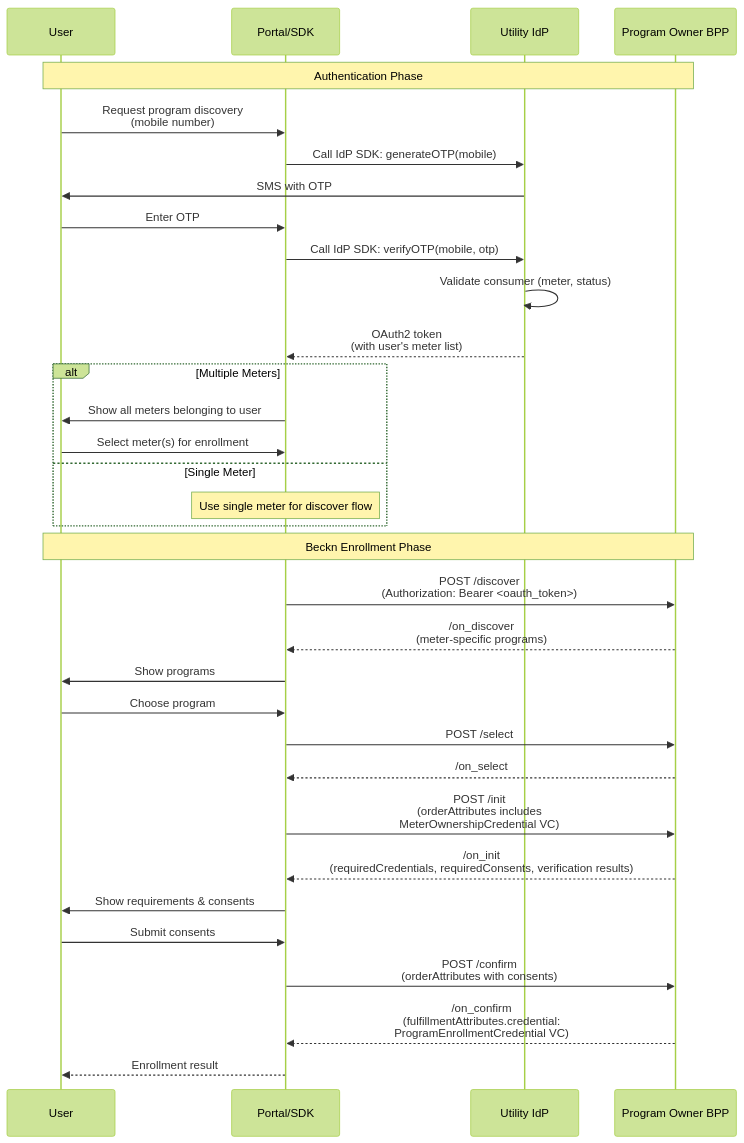
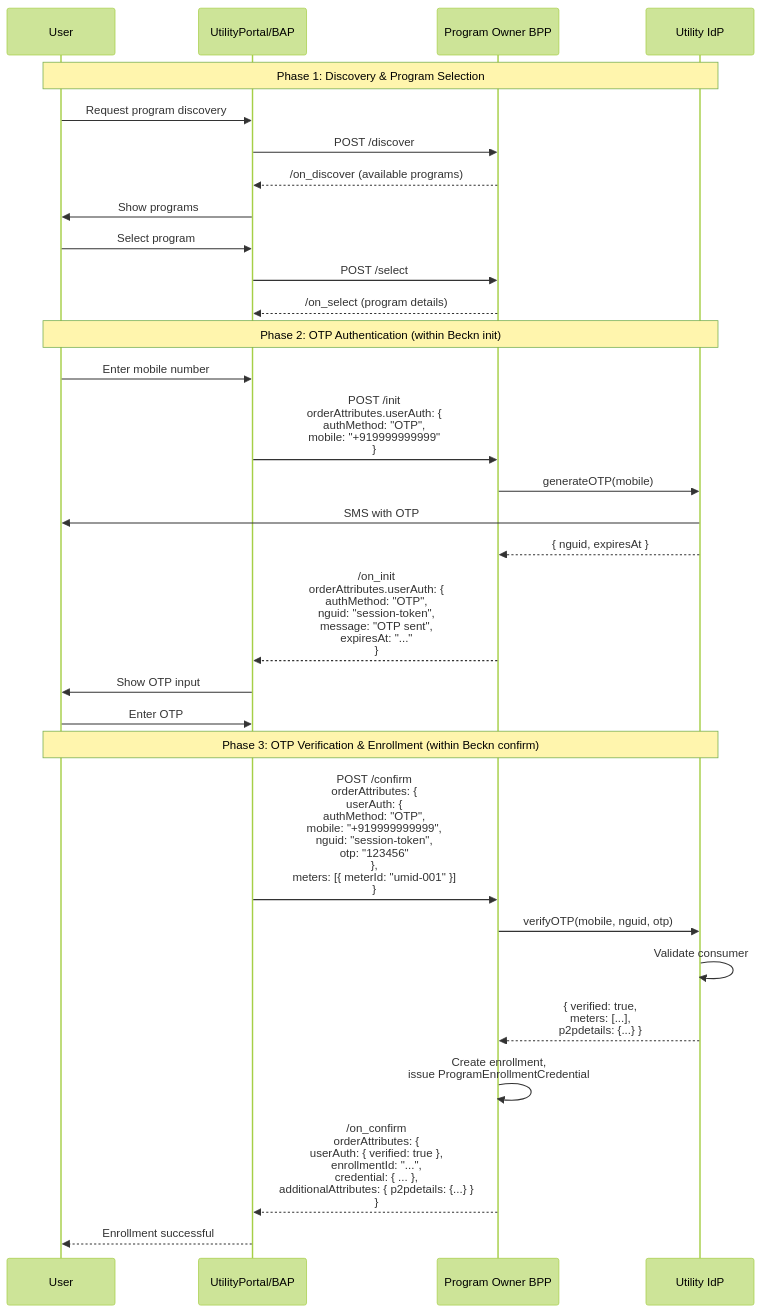
One commit to Beckn-One/DEG changed the third of 7 diagrams in docs/implementation-guides/v2/Onboarding/IG_Onboarding_users_in_digital_energy_programs.md. Above: the diagram before and after it, drawn with Mermaid (forest theme). The commit also changed other lines of this file and 30 other files, not shown here.

````diff
--- a/docs/implementation-guides/v2/Onboarding/IG_Onboarding_users_in_digital_energy_programs.md
+++ b/docs/implementation-guides/v2/Onboarding/IG_Onboarding_users_in_digital_energy_programs.md
@@ -546,38 +681,42 @@
 ```mermaid
 sequenceDiagram
   participant User
-  participant Portal as Portal/SDK
+  participant BAP as UtilityPortal/BAP
+  participant BPP as Program Owner BPP
   participant UtilityIdP as Utility IdP
-  participant ProgramOwnerBPP as Program Owner BPP
 
-  Note over User,ProgramOwnerBPP: Authentication Phase
-  User->>Portal: Request program discovery<br/>(mobile number)
-  Portal->>UtilityIdP: Call IdP SDK: generateOTP(mobile)
+  Note over User,UtilityIdP: Phase 1: Discovery & Program Selection
+  User->>BAP: Request program discovery
+  BAP->>BPP: POST /discover
+  BPP-->>BAP: /on_discover (available programs)
+  BAP->>User: Show programs
+  User->>BAP: Select program
+  BAP->>BPP: POST /select
+  BPP-->>BAP: /on_select (program details)
+
+  Note over User,UtilityIdP: Phase 2: OTP Authentication (within Beckn init)
+  User->>BAP: Enter mobile number
+  BAP->>BPP: POST /init<br/>orderAttributes.userAuth: {<br/>  authMethod: "OTP",<br/>  mobile: "+919999999999"<br/>}
+  
+  BPP->>UtilityIdP: generateOTP(mobile)
   UtilityIdP->>User: SMS with OTP
-  User->>Portal: Enter OTP
-  Portal->>UtilityIdP: Call IdP SDK: verifyOTP(mobile, otp)
-  UtilityIdP->>UtilityIdP: Validate consumer (meter, status)
-  UtilityIdP-->>Portal: OAuth2 token<br/>(with user's meter list)
+  UtilityIdP-->>BPP: { nguid, expiresAt }
   
-  alt Multiple Meters
-    Portal->>User: Show all meters belonging to user
-    User->>Portal: Select meter(s) for enrollment
-  else Single Meter
-    Note over Portal: Use single meter for discover flow
-  end
+  BPP-->>BAP: /on_init<br/>orderAttributes.userAuth: {<br/>  authMethod: "OTP",<br/>  nguid: "session-token",<br/>  message: "OTP sent",<br/>  expiresAt: "..."<br/>}
+  
+  BAP->>User: Show OTP input
+  User->>BAP: Enter OTP
 
-  Note over User,ProgramOwnerBPP: Beckn Enrollment Phase
-  Portal->>ProgramOwnerBPP: POST /discover<br/>(Authorization: Bearer <oauth_token>)
-  ProgramOwnerBPP-->>Portal: /on_discover<br/>(meter-specific programs)
-  Portal->>User: Show programs
-  User->>Portal: Choose program
-  Portal->>ProgramOwnerBPP: POST /select
-  ProgramOwnerBPP-->>Portal: /on_select
-  Portal->>ProgramOwnerBPP: POST /init<br/>(orderAttributes includes<br/>MeterOwnershipCredential VC)
-  ProgramOwnerBPP-->>Portal: /on_init<br/>(requiredCredentials, requiredConsents, verification results)
-  Portal->>User: Show requirements & consents
-  User->>Portal: Submit consents
-  Portal->>ProgramOwnerBPP: POST /confirm<br/>(orderAttributes with consents)
-  ProgramOwnerBPP-->>Portal: /on_confirm<br/>(fulfillmentAttributes.credential:<br/>ProgramEnrollmentCredential VC)
-  Portal-->>User: Enrollment result
+  Note over User,UtilityIdP: Phase 3: OTP Verification & Enrollment (within Beckn confirm)
+  BAP->>BPP: POST /confirm<br/>orderAttributes: {<br/>  userAuth: {<br/>    authMethod: "OTP",<br/>    mobile: "+919999999999",<br/>    nguid: "session-token",<br/>    otp: "123456"<br/>  },<br/>  meters: [{ meterId: "umid-001" }]<br/>}
+  
+  BPP->>UtilityIdP: verifyOTP(mobile, nguid, otp)
+  UtilityIdP->>UtilityIdP: Validate consumer
+  UtilityIdP-->>BPP: { verified: true,<br/>meters: [...],<br/>p2pdetails: {...} }
+  
+  BPP->>BPP: Create enrollment,<br/>issue ProgramEnrollmentCredential
+  
+  BPP-->>BAP: /on_confirm<br/>orderAttributes: {<br/>  userAuth: { verified: true },<br/>  enrollmentId: "...",<br/>  credential: { ... },<br/>  additionalAttributes: { p2pdetails: {...} }<br/>}
+  
+  BAP-->>User: Enrollment successful
 ```
````
